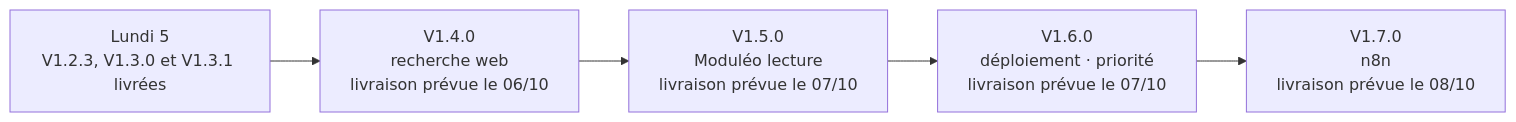
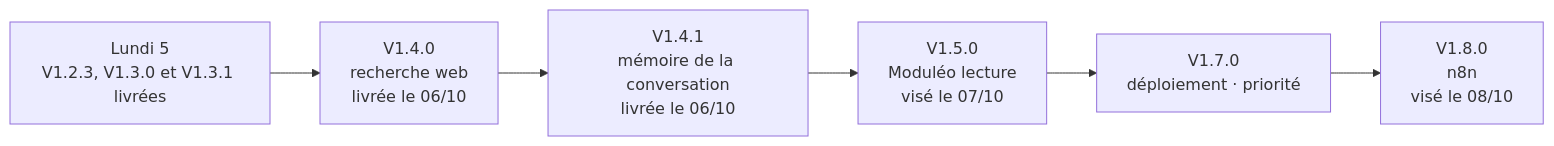
The second of 2 diagrams in README.md (UlyssouLV/BBASS-Agents-IA), drawn with Mermaid before and after one commit. The commit also changed other lines of this file and 45 other files, not shown here.

First line of the commit message:
V1.4.1 — Mémoire de la conversation (pièces jointes, recherches, URL) (#142)

````diff
--- a/README.md
+++ b/README.md
@@ -37,7 +38,8 @@
 ```mermaid
 flowchart LR
-  L05["Lundi 5<br/>V1.2.3, V1.3.0 et V1.3.1 livrées"] --> V140["V1.4.0<br/>recherche web<br/>livraison prévue le 06/10"]
-  V140 --> V150["V1.5.0<br/>Moduléo lecture<br/>livraison prévue le 07/10"]
-  V150 --> V160["V1.6.0<br/>déploiement · priorité<br/>livraison prévue le 07/10"]
-  V160 --> V170["V1.7.0<br/>n8n<br/>livraison prévue le 08/10"]
+  L05["Lundi 5<br/>V1.2.3, V1.3.0 et V1.3.1 livrées"] --> V140["V1.4.0<br/>recherche web<br/>livrée le 06/10"]
+  V140 --> V141["V1.4.1<br/>mémoire de la conversation<br/>livrée le 06/10"]
+  V141 --> V150["V1.5.0<br/>Moduléo lecture<br/>visé le 07/10"]
+  V150 --> V170["V1.7.0<br/>déploiement · priorité"]
+  V170 --> V180["V1.8.0<br/>n8n<br/>visé le 08/10"]
 ```
````
